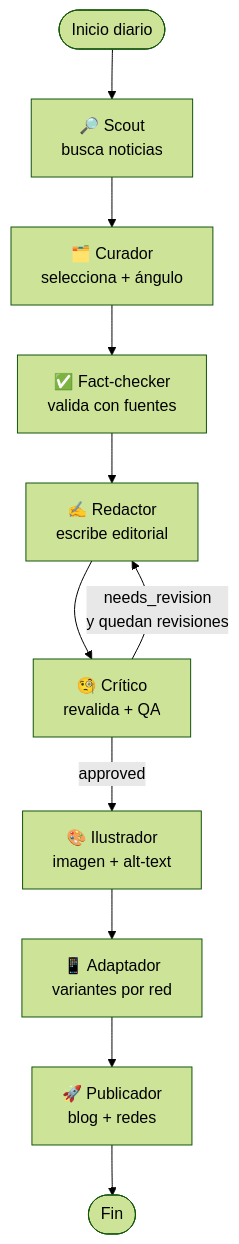
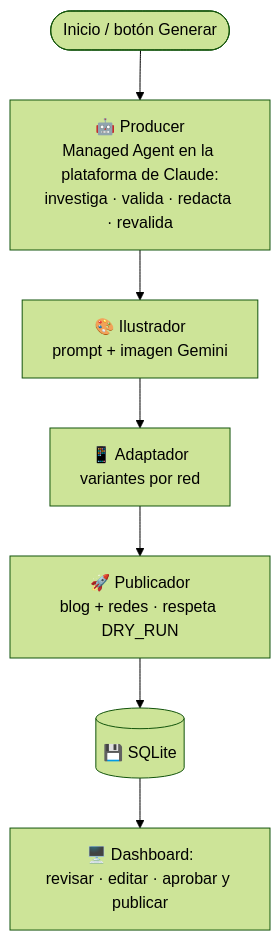
Before and after one commit to sredondomercuria/realestate-editorial-agents: the first of 2 diagrams in docs/01-arquitectura.md, drawn with Mermaid (forest theme). The commit also changed other lines of this file and 5 other files, not shown here.

````diff
--- a/docs/01-arquitectura.md
+++ b/docs/01-arquitectura.md
@@ -24,13 +50,9 @@
 ```mermaid
 flowchart TD
-    START([Inicio diario]) --> scout[🔎 Scout<br/>busca noticias]
-    scout --> curator[🗂️ Curador<br/>selecciona + ángulo]
-    curator --> fact[✅ Fact-checker<br/>valida con fuentes]
-    fact --> writer[✍️ Redactor<br/>escribe editorial]
-    writer --> critic[🧐 Crítico<br/>revalida + QA]
-    critic -->|needs_revision<br/>y quedan revisiones| writer
-    critic -->|approved| illustrator[🎨 Ilustrador<br/>imagen + alt-text]
+    START([Inicio / botón Generar]) --> producer[🤖 Producer<br/>Managed Agent en la plataforma de Claude:<br/>investiga · valida · redacta · revalida]
+    producer --> illustrator[🎨 Ilustrador<br/>prompt + imagen Gemini]
     illustrator --> social[📱 Adaptador<br/>variantes por red]
-    social --> publisher[🚀 Publicador<br/>blog + redes]
-    publisher --> END([Fin])
+    social --> publisher[🚀 Publicador<br/>blog + redes · respeta DRY_RUN]
+    publisher --> persist[(💾 SQLite)]
+    persist --> ui[🖥️ Dashboard:<br/>revisar · editar · aprobar y publicar]
 ```
````
